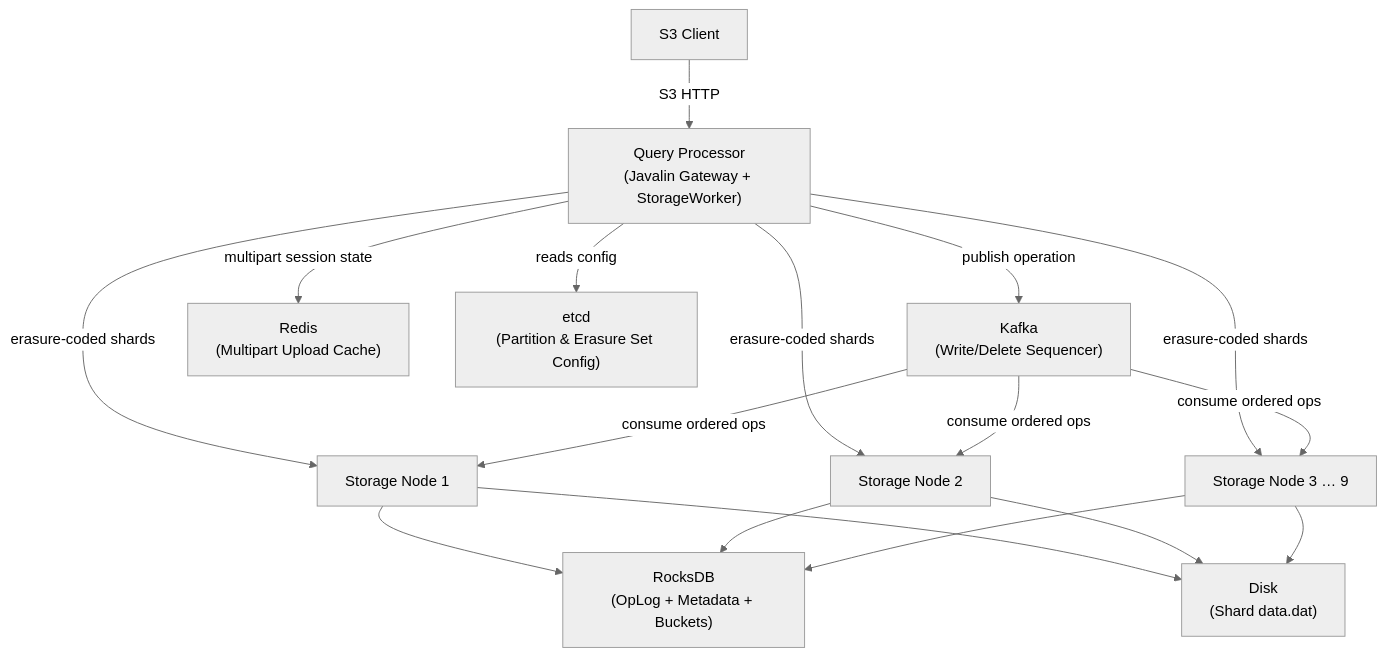
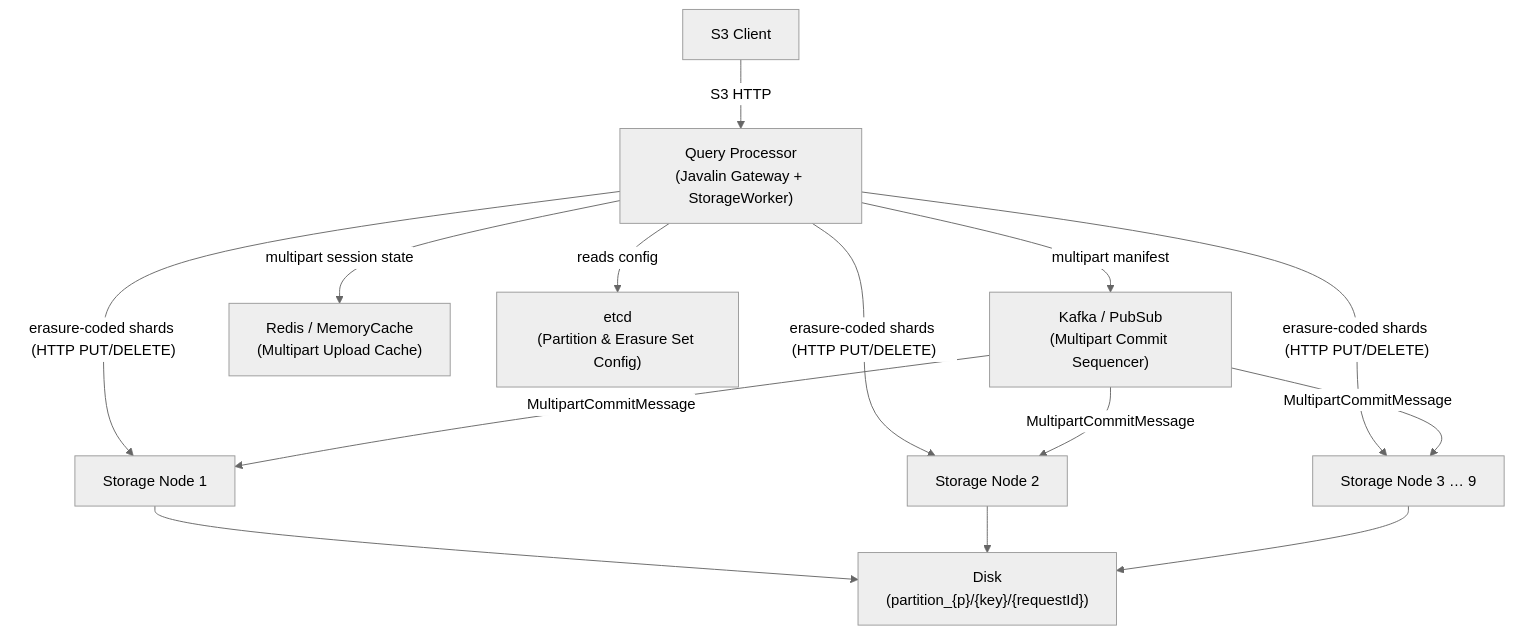
Before and after one commit to S26-Distributed-Capstone/Koop: the first of 16 diagrams in docs/workflow.md, drawn with Mermaid (neutral theme). The commit also changed other lines of this file, not shown here.

Commit message:
Update workflow documentation to reflect Kafka/pub/sub integration and clarify multipart upload processes (AI)

````diff
--- a/docs/workflow.md
+++ b/docs/workflow.md
@@ -34,30 +34,26 @@
 ```mermaid
 graph TD
     Client["S3 Client"]
     QP["Query Processor\n(Javalin Gateway + StorageWorker)"]
-    Kafka["Kafka\n(Write/Delete Sequencer)"]
-    Redis["Redis\n(Multipart Upload Cache)"]
+    Kafka["Kafka / PubSub\n(Multipart Commit Sequencer)"]
+    Redis["Redis / MemoryCache\n(Multipart Upload Cache)"]
     Etcd["etcd\n(Partition & Erasure Set Config)"]
     SN1["Storage Node 1"]
     SN2["Storage Node 2"]
     SN3["Storage Node 3 … 9"]
-    RocksDB["RocksDB\n(OpLog + Metadata + Buckets)"]
-    Disk["Disk\n(Shard data.dat)"]
+    Disk["Disk\n(partition_{p}/{key}/{requestId})"]
 
     Client -->|"S3 HTTP"| QP
     QP -->|"reads config"| Etcd
-    QP -->|"publish operation"| Kafka
+    QP -->|"multipart manifest"| Kafka
     QP -->|"multipart session state"| Redis
-    QP -->|"erasure-coded shards"| SN1
-    QP -->|"erasure-coded shards"| SN2
-    QP -->|"erasure-coded shards"| SN3
-    SN1 --> RocksDB
+    QP -->|"erasure-coded shards (HTTP PUT/DELETE)"| SN1
+    QP -->|"erasure-coded shards (HTTP PUT/DELETE)"| SN2
+    QP -->|"erasure-coded shards (HTTP PUT/DELETE)"| SN3
     SN1 --> Disk
-    SN2 --> RocksDB
     SN2 --> Disk
-    SN3 --> RocksDB
     SN3 --> Disk
-    Kafka -->|"consume ordered ops"| SN1
-    Kafka -->|"consume ordered ops"| SN2
-    Kafka -->|"consume ordered ops"| SN3
+    Kafka -->|"MultipartCommitMessage"| SN1
+    Kafka -->|"MultipartCommitMessage"| SN2
+    Kafka -->|"MultipartCommitMessage"| SN3
 ```
````
